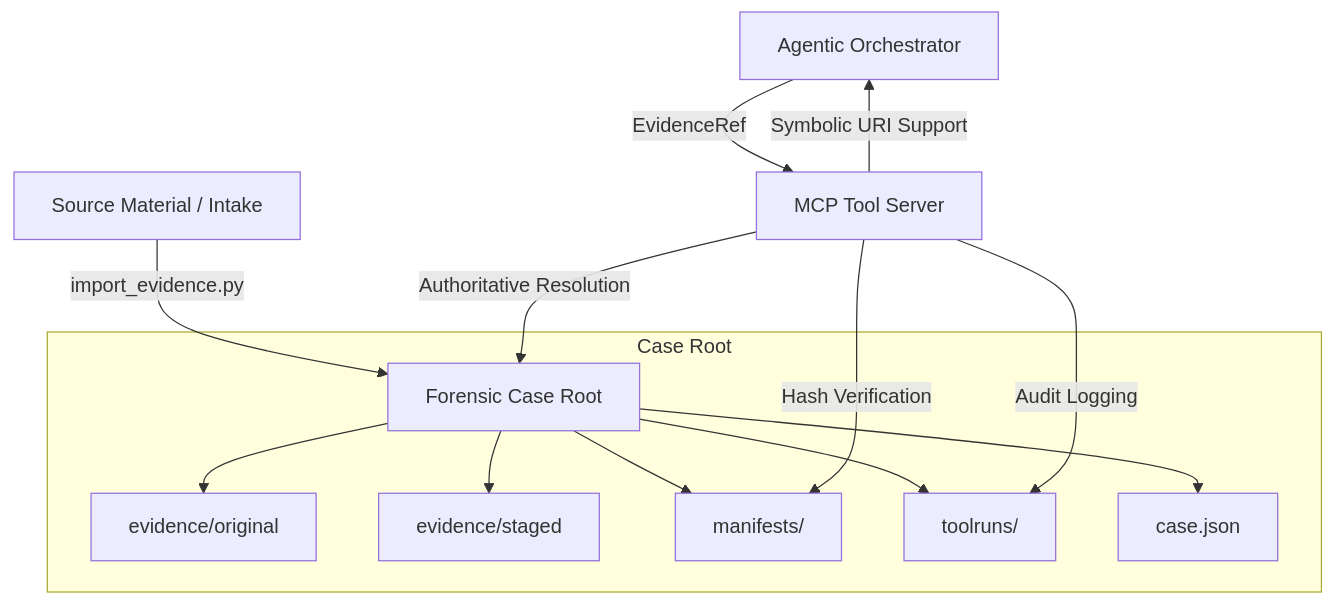
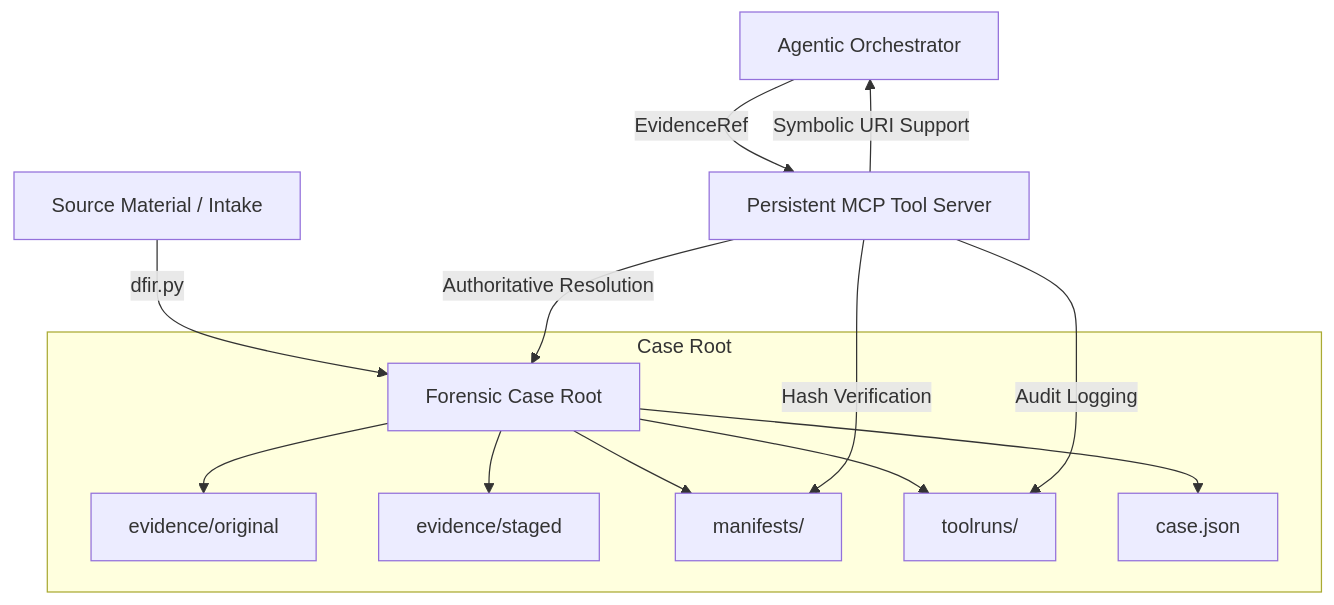
Before and after one commit to Player0xA/dfir-agentic: the diagram in README.md, drawn with Mermaid. The commit also changed other lines of this file, not shown here.

Commit message:
feat: Document memory forensics support, persistent MCP connections, and streamlined `dfir.py` usage in the README.

````diff
--- a/README.md
+++ b/README.md
@@ -13,16 +13,16 @@
 ```mermaid
 graph TD
-    A[Source Material / Intake] -->|import_evidence.py| B[Forensic Case Root]
+    A[Source Material / Intake] -->|dfir.py| B[Forensic Case Root]
     subgraph Case Root
         B --> C[evidence/original]
         B --> D[evidence/staged]
         B --> E[manifests/]
         B --> F[toolruns/]
         B --> G[case.json]
     end
-    H[Agentic Orchestrator] -->|EvidenceRef| I[MCP Tool Server]
+    H[Agentic Orchestrator] -->|EvidenceRef| I[Persistent MCP Tool Server]
     I -->|Symbolic URI Support| H
     I -->|Authoritative Resolution| B
     I -->|Hash Verification| E
     I -->|Audit Logging| F
 ```
````
